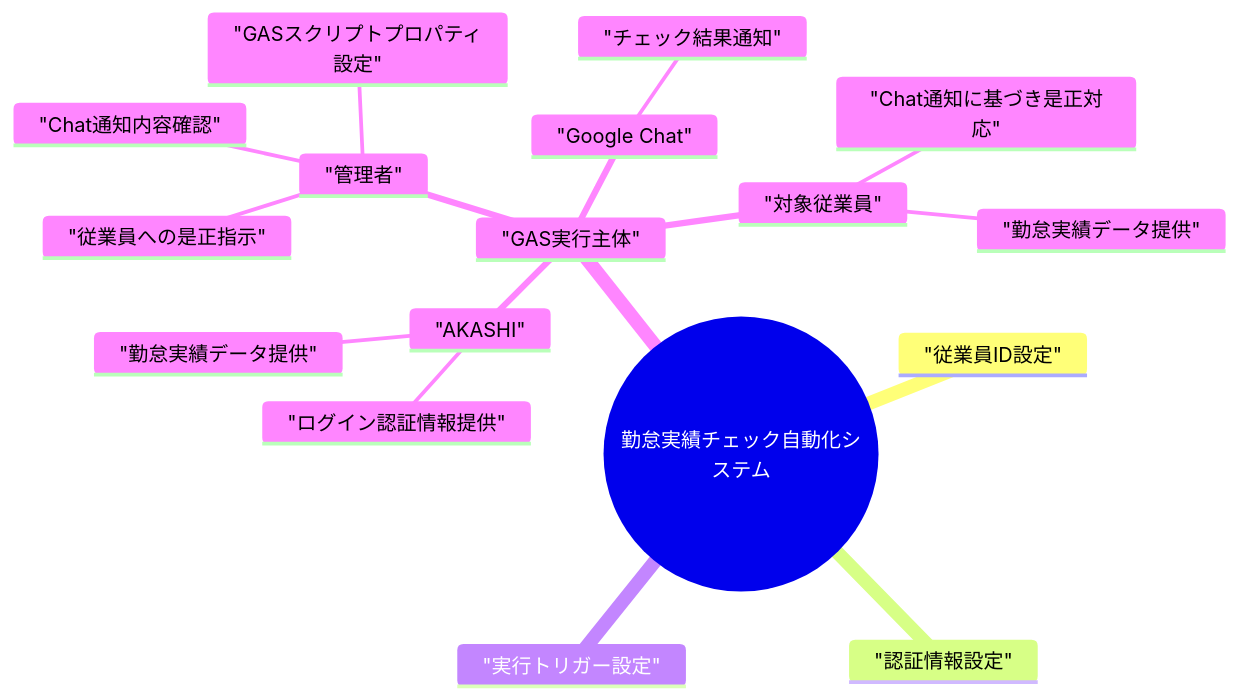
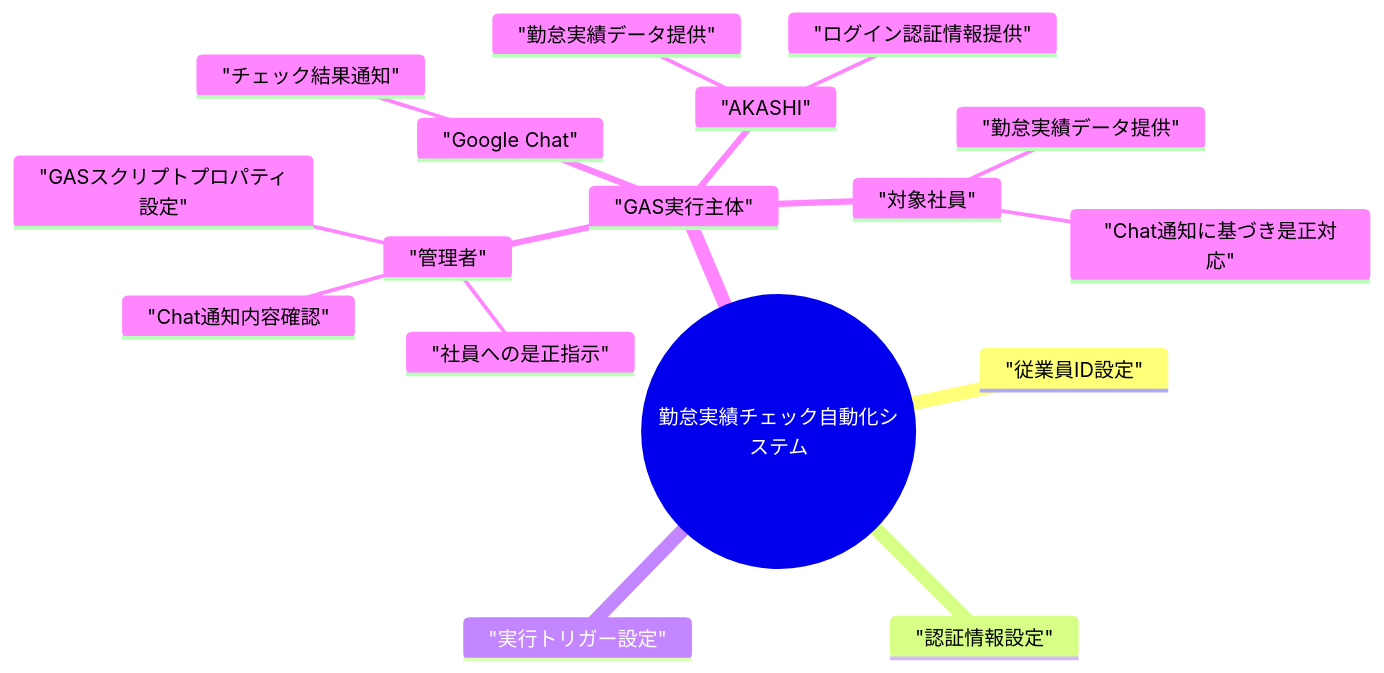
Before and after one commit to takeshiyoshida76-cell/takeshiyoshida76: the second of 2 diagrams in docs/Akashi勤務表チェック_基本設計書.md, drawn with Mermaid. The commit also changed other lines of this file, not shown here.

````diff
--- a/docs/Akashi勤務表チェック_基本設計書.md
+++ b/docs/Akashi勤務表チェック_基本設計書.md
@@ -49,20 +49,20 @@
 ```mermaid
 mindmap
   root(("勤怠実績チェック自動化システム"))
     "従業員ID設定"
     "認証情報設定"
     "実行トリガー設定"
     "GAS実行主体"
       "AKASHI"
         "ログイン認証情報提供"
         "勤怠実績データ提供"
       "Google Chat"
         "チェック結果通知"
       "管理者"
         "GASスクリプトプロパティ設定"
         "Chat通知内容確認"
-        "従業員への是正指示"
-      "対象従業員"
+        "社員への是正指示"
+      "対象社員"
         "勤怠実績データ提供"
         "Chat通知に基づき是正対応"
 ```
````
